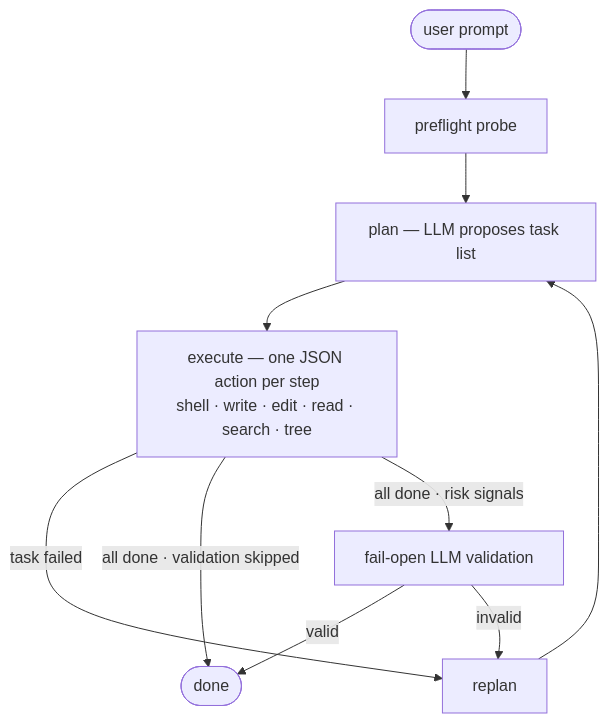
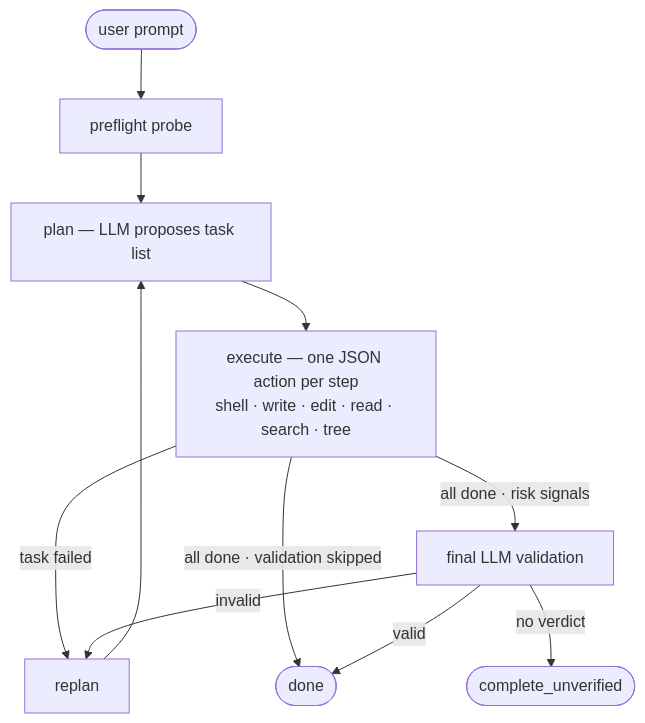
Before and after one commit to den-run-ai/askme: the diagram in README.md, drawn with Mermaid. The commit also changed other lines of this file and 7 other files, not shown here.

````diff
--- a/README.md
+++ b/README.md
@@ -61,12 +61,13 @@
 ```mermaid
 flowchart TD
     U([user prompt]) --> PF[preflight probe]
     PF --> PL[plan — LLM proposes task list]
     PL --> EX["execute — one JSON action per step<br/>shell · write · edit · read · search · tree"]
     EX -- task failed --> RE[replan]
     RE --> PL
     EX -- "all done · validation skipped" --> DONE([done])
-    EX -- "all done · risk signals" --> V[fail-open LLM validation]
+    EX -- "all done · risk signals" --> V[final LLM validation]
     V -- valid --> DONE
+    V -- "no verdict" --> UNV([complete_unverified])
     V -- invalid --> RE
 ```
````
